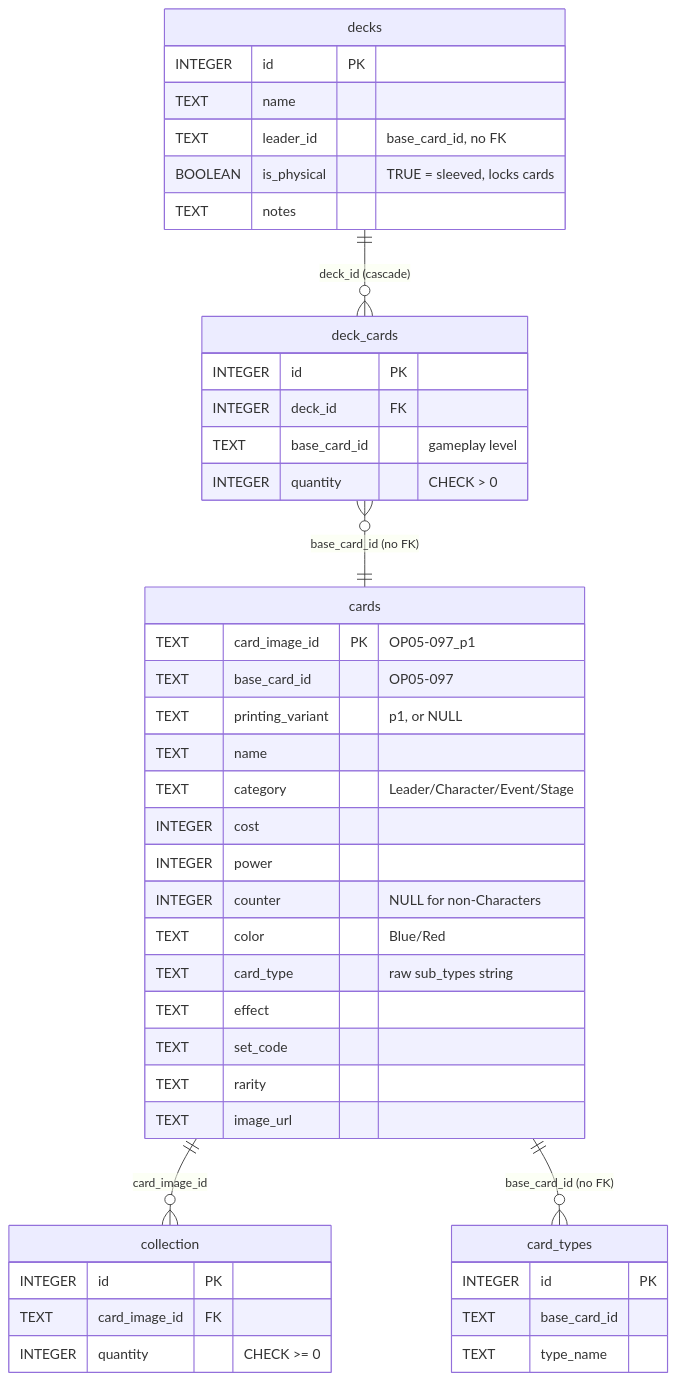
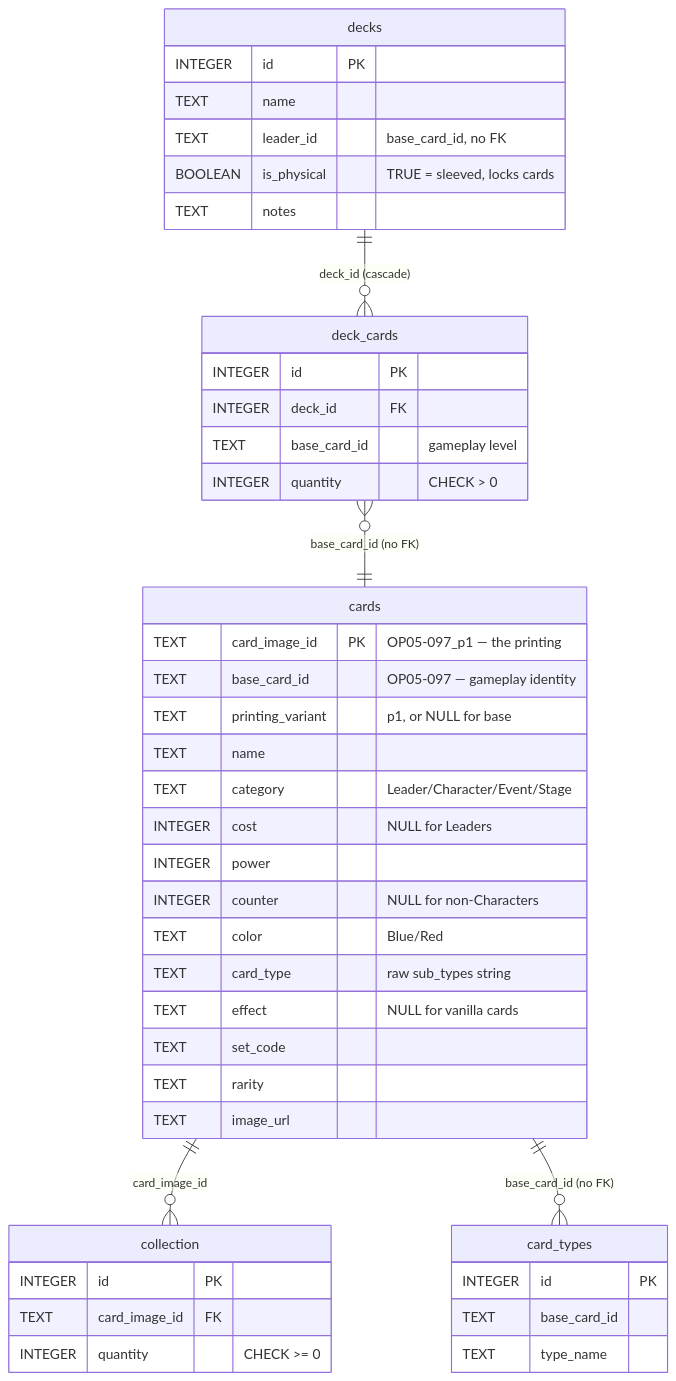
The first of 2 diagrams in DESIGN.md (ThePowerofD/onepiece-card-keeper), drawn with Mermaid before and after one commit. The commit also changed other lines of this file and 2 other files, not shown here.

````diff
--- a/DESIGN.md
+++ b/DESIGN.md
@@ -81,47 +84,47 @@
 ```mermaid
 erDiagram
     cards ||--o{ collection : "card_image_id"
     cards ||--o{ card_types : "base_card_id (no FK)"
     decks ||--o{ deck_cards : "deck_id (cascade)"
     deck_cards }o--|| cards : "base_card_id (no FK)"
 
     cards {
-        TEXT card_image_id PK "OP05-097_p1"
-        TEXT base_card_id "OP05-097"
-        TEXT printing_variant "p1, or NULL"
+        TEXT card_image_id PK "OP05-097_p1 — the printing"
+        TEXT base_card_id "OP05-097 — gameplay identity"
+        TEXT printing_variant "p1, or NULL for base"
         TEXT name
         TEXT category "Leader/Character/Event/Stage"
-        INTEGER cost
+        INTEGER cost "NULL for Leaders"
         INTEGER power
         INTEGER counter "NULL for non-Characters"
         TEXT color "Blue/Red"
         TEXT card_type "raw sub_types string"
-        TEXT effect
+        TEXT effect "NULL for vanilla cards"
         TEXT set_code
         TEXT rarity
         TEXT image_url
     }
     collection {
         INTEGER id PK
         TEXT card_image_id FK
         INTEGER quantity "CHECK >= 0"
     }
     decks {
         INTEGER id PK
         TEXT name
         TEXT leader_id "base_card_id, no FK"
         BOOLEAN is_physical "TRUE = sleeved, locks cards"
         TEXT notes
     }
     deck_cards {
         INTEGER id PK
         INTEGER deck_id FK
         TEXT base_card_id "gameplay level"
         INTEGER quantity "CHECK > 0"
     }
     card_types {
         INTEGER id PK
         TEXT base_card_id
         TEXT type_name
     }
 ```
````
